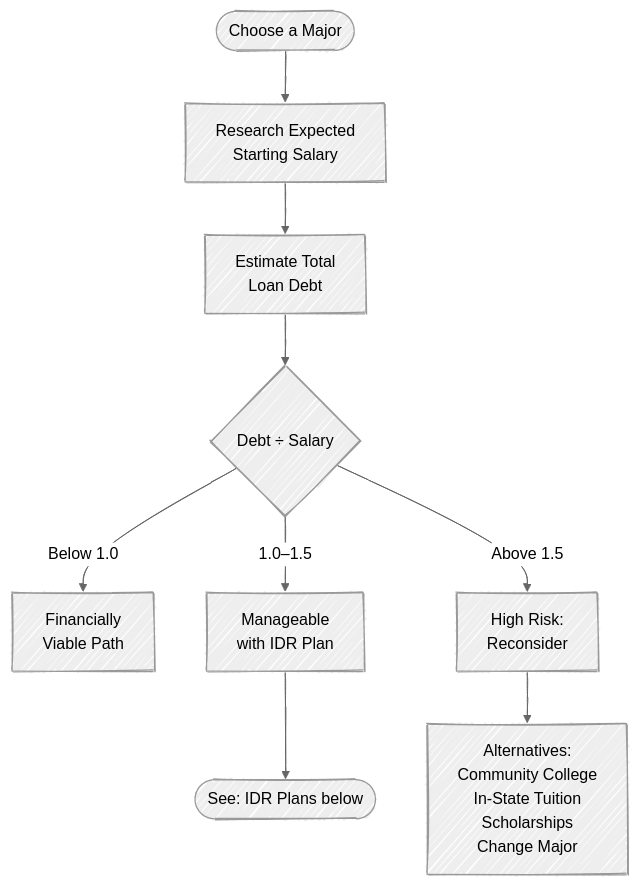
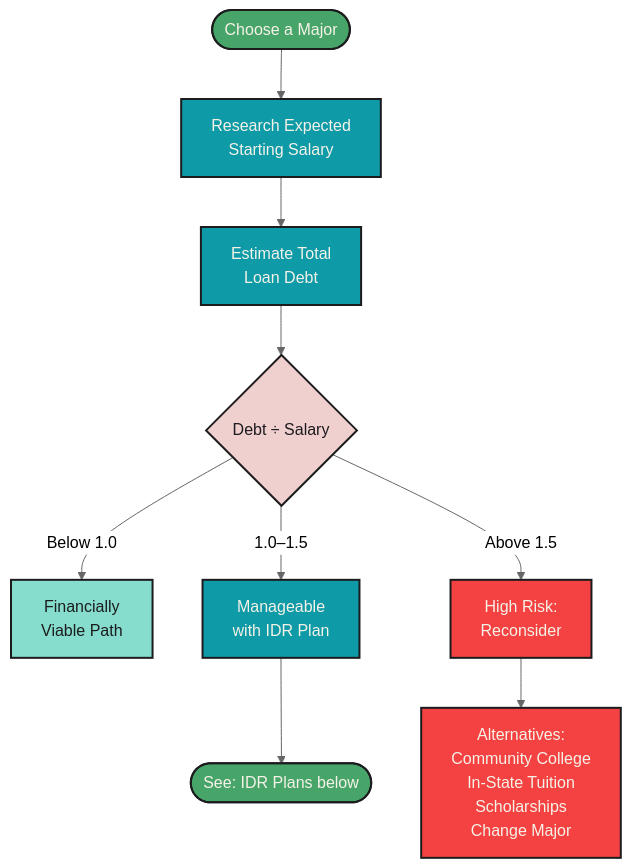
One commit to mjfrigaard/fm-finance changed the second of 7 diagrams in managing_debt.qmd. Above: the diagram before and after it, drawn with Mermaid. The commit also changed other lines of this file and 5 other files, not shown here.

Commit message:
updates to mermaid

````diff
--- a/managing_debt.qmd
+++ b/managing_debt.qmd
@@ -116,15 +126,24 @@
 ```{mermaid}
 %%| fig-cap: 'Major vs. Salary vs. Debt'
 %%| fig-align: center
-%%{init: {'theme': 'neutral', 'look': 'handDrawn', 'themeVariables': { 'fontFamily': 'monospace', "fontSize":"16px"}}}%%
+%%{init: {'theme': 'neutral', 'themeVariables': { 'fontFamily': 'monospace', "fontSize":"16px"}}}%%
 
 flowchart TD
     MajorChoice([Choose a Major]) --> ResearchSal[Research Expected<br>Starting Salary]
     ResearchSal --> EstDebt[Estimate Total<br>Loan Debt]
     EstDebt --> RatioCheck{Debt ÷ Salary}
     RatioCheck -->|"Below 1.0"| Viable[Financially<br>Viable Path]
     RatioCheck -->|"1.0–1.5"| IDRPath[Manageable<br>with IDR Plan]
     RatioCheck -->|"Above 1.5"| HighRisk[High Risk:<br>Reconsider]
     HighRisk --> Alternatives["Alternatives:<br>Community College<br>In-State Tuition<br>Scholarships<br>Change Major"]
     IDRPath --> IDRSection([See: IDR Plans below])
+    style MajorChoice fill:#48a56a,color:#F5F2E8,stroke:#1C1C1E,stroke-width:2px
+    style ResearchSal fill:#0e9aa7,color:#F5F2E8,stroke:#1C1C1E,stroke-width:2px
+    style EstDebt fill:#0e9aa7,color:#F5F2E8,stroke:#1C1C1E,stroke-width:2px
+    style RatioCheck fill:#f0cfcf,color:#1C1C1E,stroke:#1C1C1E,stroke-width:2px
+    style Viable fill:#86ddcd,color:#1C1C1E,stroke:#1C1C1E,stroke-width:2px
+    style IDRPath fill:#0e9aa7,color:#F5F2E8,stroke:#1C1C1E,stroke-width:2px
+    style HighRisk fill:#f44242,color:#F5F2E8,stroke:#1C1C1E,stroke-width:2px
+    style Alternatives fill:#f44242,color:#F5F2E8,stroke:#1C1C1E,stroke-width:2px
+    style IDRSection fill:#48a56a,color:#F5F2E8,stroke:#1C1C1E,stroke-width:2px
 ```
````
